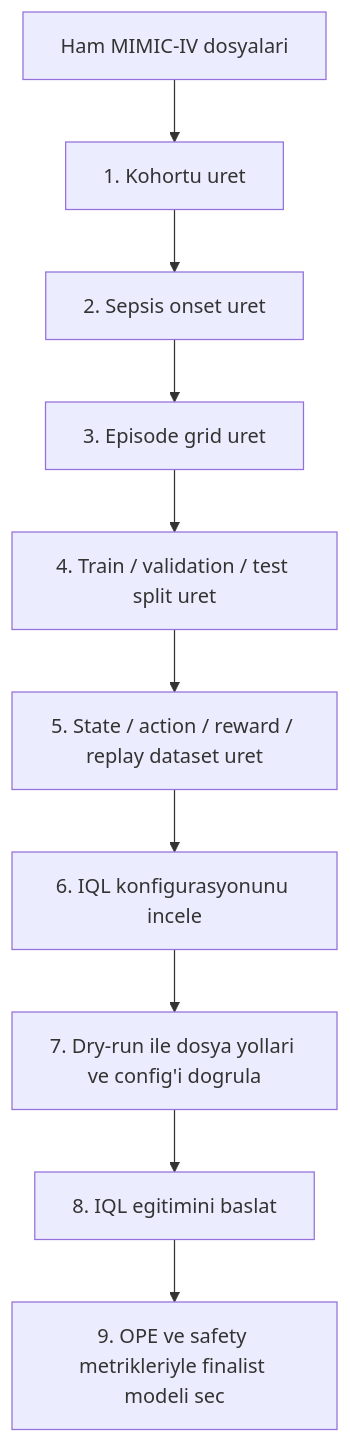
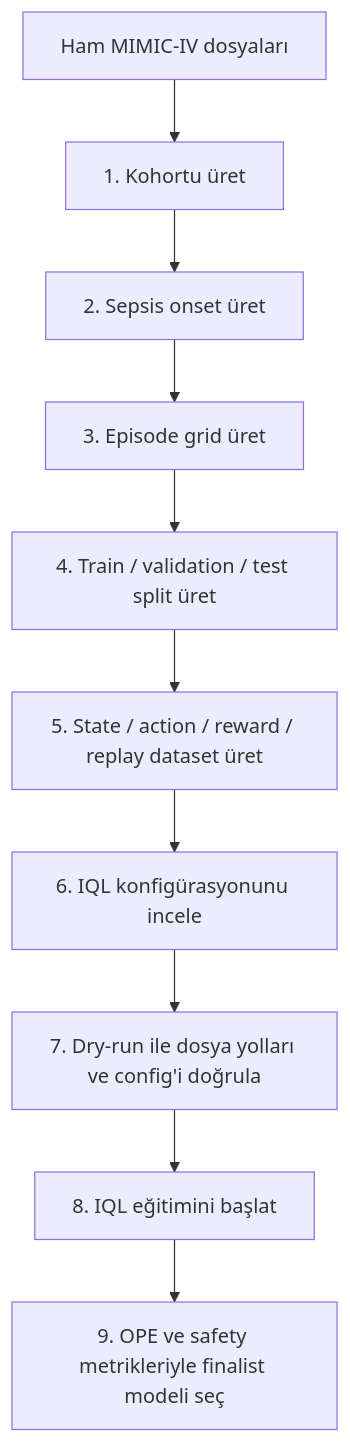
The diagram in README.md (furkan-uzmez/mimic-sepsis-drl), drawn with Mermaid before and after one commit. The commit also changed other lines of this file, not shown here.

````diff
--- a/README.md
+++ b/README.md
@@ -94,12 +94,12 @@
 ```mermaid
 flowchart TD
-    A[Ham MIMIC-IV dosyalari] --> B[1. Kohortu uret]
-    B --> C[2. Sepsis onset uret]
-    C --> D[3. Episode grid uret]
-    D --> E[4. Train / validation / test split uret]
-    E --> F[5. State / action / reward / replay dataset uret]
-    F --> G[6. IQL konfigurasyonunu incele]
-    G --> H[7. Dry-run ile dosya yollari ve config'i dogrula]
-    H --> I[8. IQL egitimini baslat]
-    I --> J[9. OPE ve safety metrikleriyle finalist modeli sec]
+    A[Ham MIMIC-IV dosyaları] --> B[1. Kohortu üret]
+    B --> C[2. Sepsis onset üret]
+    C --> D[3. Episode grid üret]
+    D --> E[4. Train / validation / test split üret]
+    E --> F[5. State / action / reward / replay dataset üret]
+    F --> G[6. IQL konfigürasyonunu incele]
+    G --> H[7. Dry-run ile dosya yolları ve config'i doğrula]
+    H --> I[8. IQL eğitimini başlat]
+    I --> J[9. OPE ve safety metrikleriyle finalist modeli seç]
 ```
````
